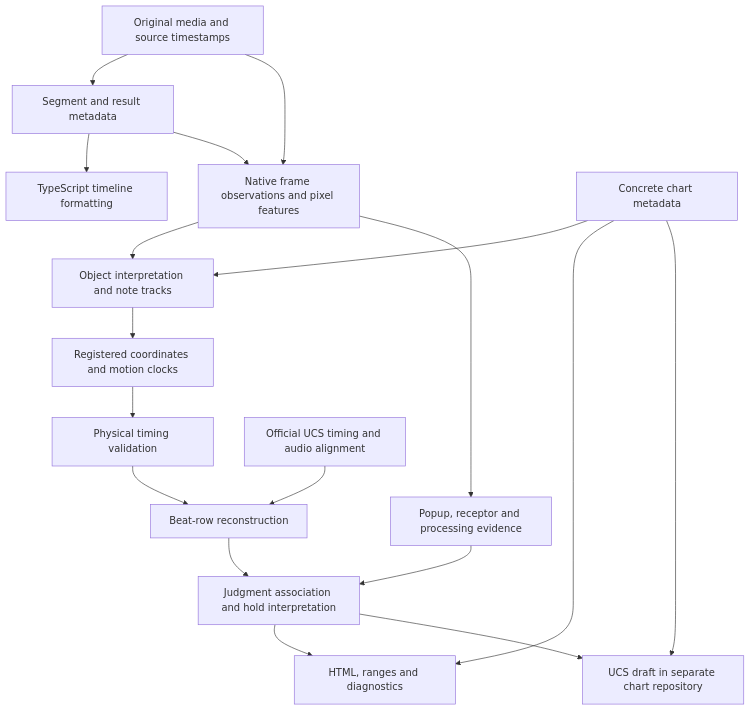
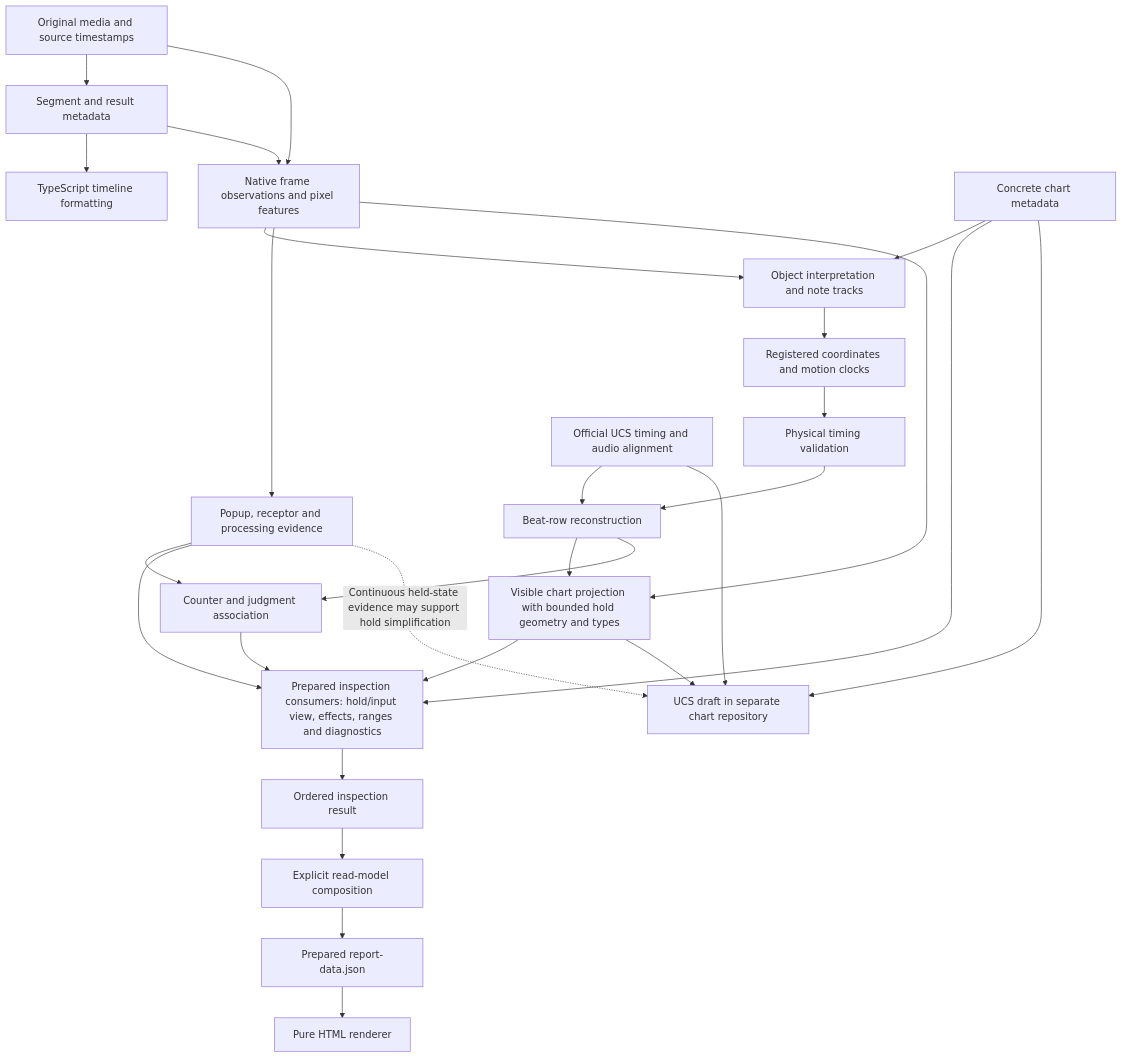
One commit to lllllrad/piu-video-timeline-generator changed the diagram in docs/play-data-flow.md. Above: the diagram before and after it, drawn with Mermaid. The commit also changed other lines of this file and 19 other files, not shown here.

Commit message:
Bind derived results to their inputs and clarify stage flow

````diff
--- a/docs/play-data-flow.md
+++ b/docs/play-data-flow.md
@@ -17,20 +17,30 @@
 ```mermaid
 flowchart TD
     media[Original media and source timestamps] --> metadata[Segment and result metadata]
     metadata --> timeline[TypeScript timeline formatting]
     media --> observations[Native frame observations and pixel features]
     metadata --> observations
     observations --> objects[Object interpretation and note tracks]
     objects --> coordinates[Registered coordinates and motion clocks]
     coordinates --> native[Physical timing validation]
     native --> beats[Beat-row reconstruction]
     timing[Official UCS timing and audio alignment] --> beats
     observations --> evidence[Popup, receptor and processing evidence]
-    beats --> associations[Judgment association and hold interpretation]
+    beats --> visible[Visible chart projection with bounded hold geometry and types]
+    observations --> visible
+    beats --> associations[Counter and judgment association]
     evidence --> associations
-    associations --> report[HTML, ranges and diagnostics]
-    associations --> chart[UCS draft in separate chart repository]
+    visible --> inspection[Prepared inspection consumers: hold/input view, effects, ranges and diagnostics]
+    associations --> inspection
+    evidence --> inspection
+    inspection --> results[Ordered inspection result]
+    results --> composition[Explicit read-model composition]
+    composition --> prepared[Prepared report-data.json]
+    prepared --> renderer[Pure HTML renderer]
+    visible --> chart[UCS draft in separate chart repository]
+    timing --> chart
+    evidence -. Continuous held-state evidence may support hold simplification .-> chart
     policy[Concrete chart metadata] --> objects
-    policy --> report
+    policy --> inspection
     policy --> chart
 ```
````
